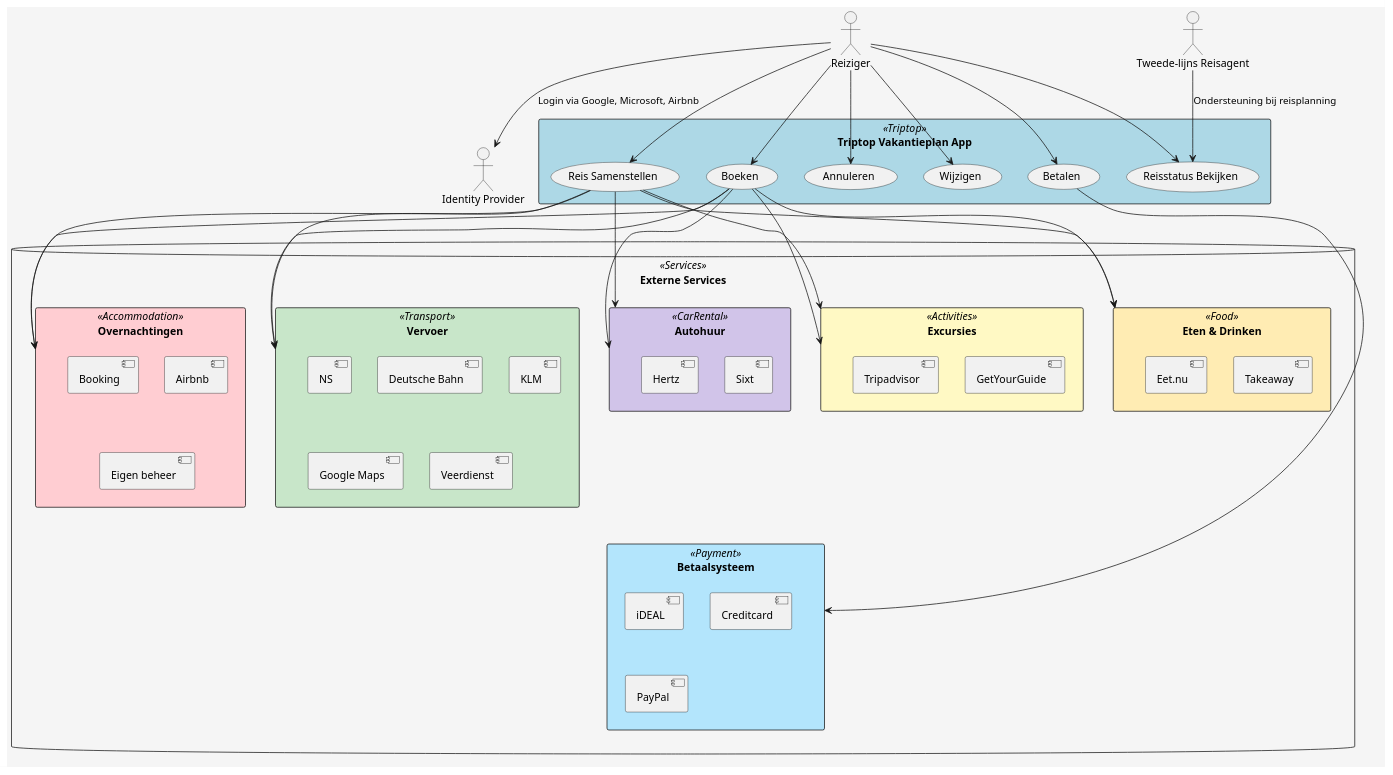
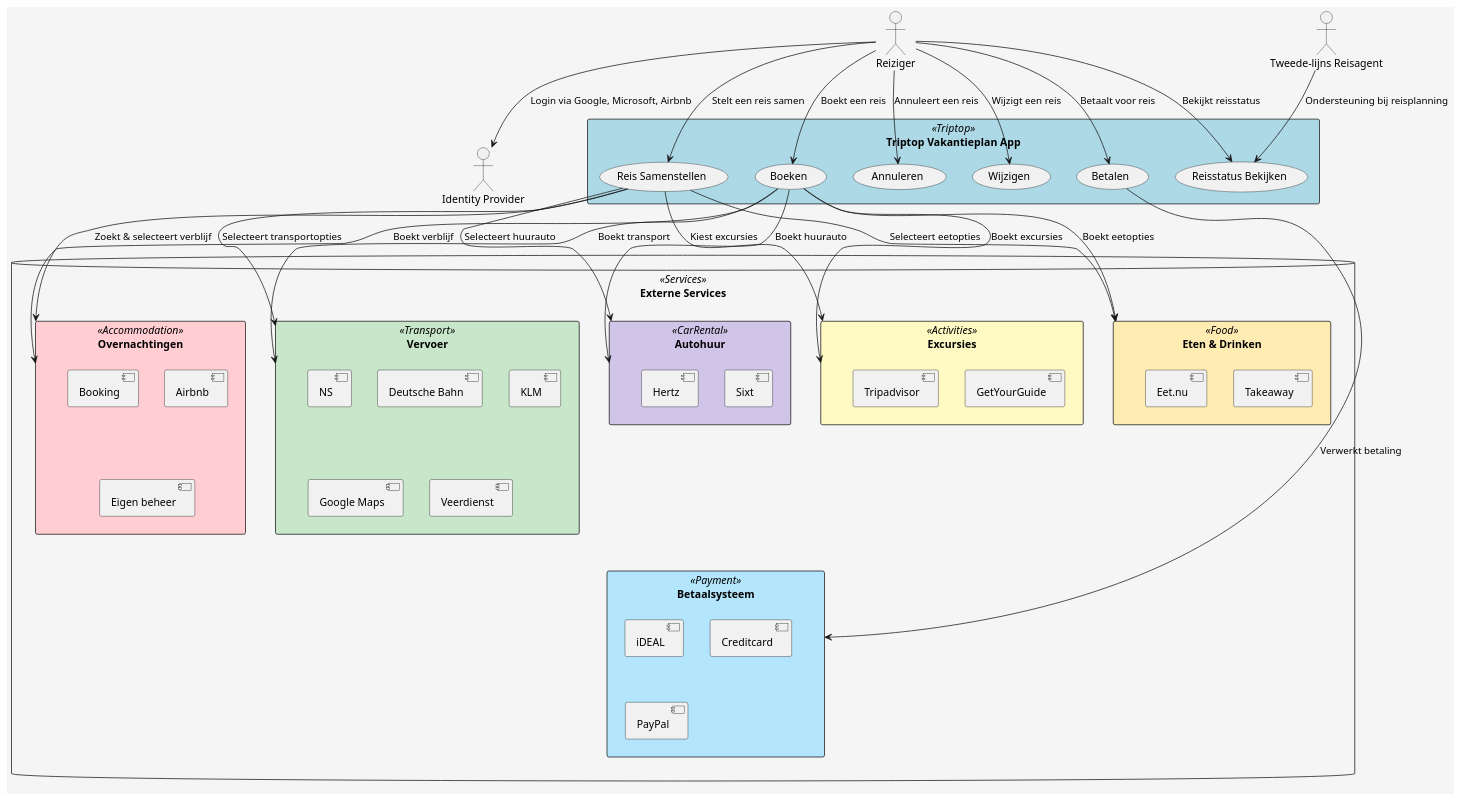
Before and after one commit to AIM-ENE-feb25/triptop-sqr-tech: the diagram in software-guidebook/plantuml.md, drawn with PlantUML.

Commit message:
aanpassing

```diff
--- a/software-guidebook/plantuml.md
+++ b/software-guidebook/plantuml.md
@@ -25,12 +25,12 @@
 }
 
 User --> IDP : "Login via Google, Microsoft, Airbnb"
-User --> CreateTrip
-User --> BookTrip
-User --> CancelTrip
-User --> ModifyTrip
-User --> PayTrip
-User --> ViewStatus
+User --> CreateTrip : "Stelt een reis samen"
+User --> BookTrip : "Boekt een reis"
+User --> CancelTrip : "Annuleert een reis"
+User --> ModifyTrip : "Wijzigt een reis"
+User --> PayTrip : "Betaalt voor reis"
+User --> ViewStatus : "Bekijkt reisstatus"
 
 Agent --> ViewStatus : "Ondersteuning bij reisplanning"
 
@@ -66,18 +66,18 @@
 }
 }
 
-CreateTrip --> Accommodation
-CreateTrip --> Transport
-CreateTrip --> CarRental
-CreateTrip --> Activities
-CreateTrip --> Food
+CreateTrip --> Accommodation : "Zoekt & selecteert verblijf"
+CreateTrip --> Transport : "Selecteert transportopties"
+CreateTrip --> CarRental : "Selecteert huurauto"
+CreateTrip --> Activities : "Kiest excursies"
+CreateTrip --> Food : "Selecteert eetopties"
 
-BookTrip --> Accommodation
-BookTrip --> Transport
-BookTrip --> CarRental
-BookTrip --> Activities
-BookTrip --> Food
+BookTrip --> Accommodation : "Boekt verblijf"
+BookTrip --> Transport : "Boekt transport"
+BookTrip --> CarRental : "Boekt huurauto"
+BookTrip --> Activities : "Boekt excursies"
+BookTrip --> Food : "Boekt eetopties"
 
-PayTrip --> Payment
+PayTrip --> Payment : "Verwerkt betaling"
 
 @enduml
```
